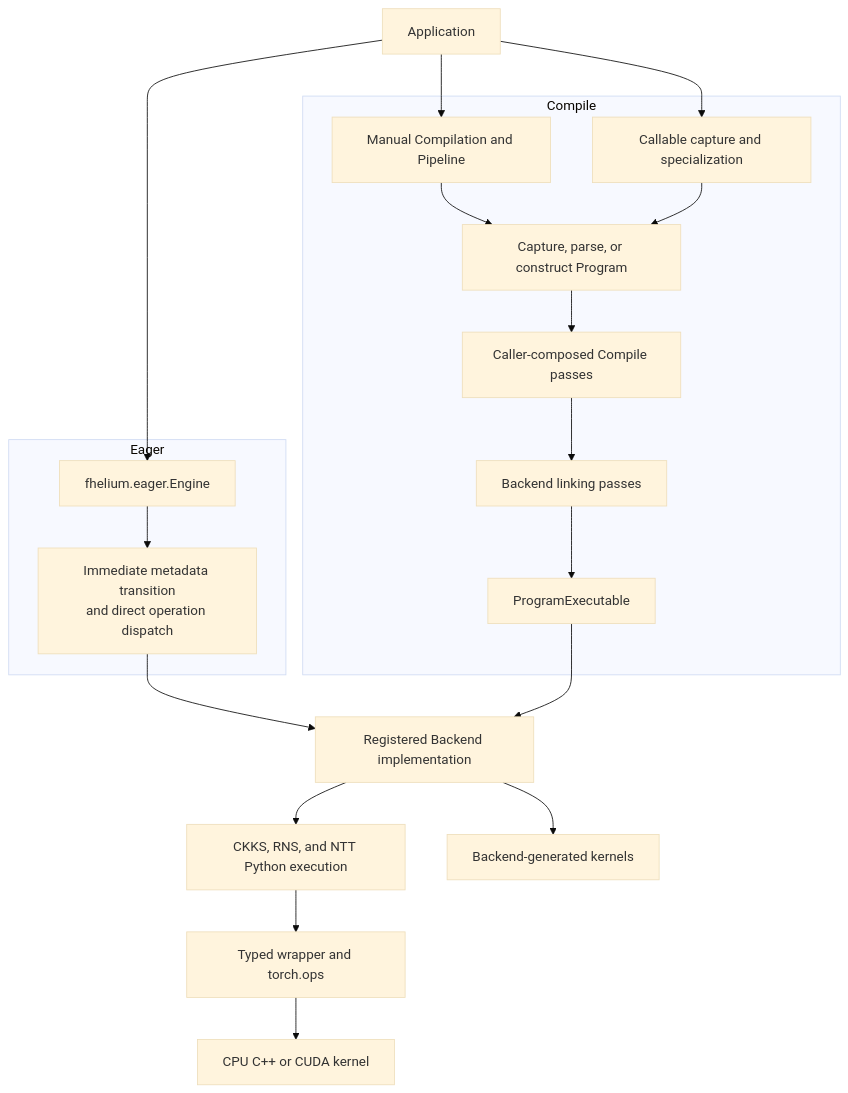
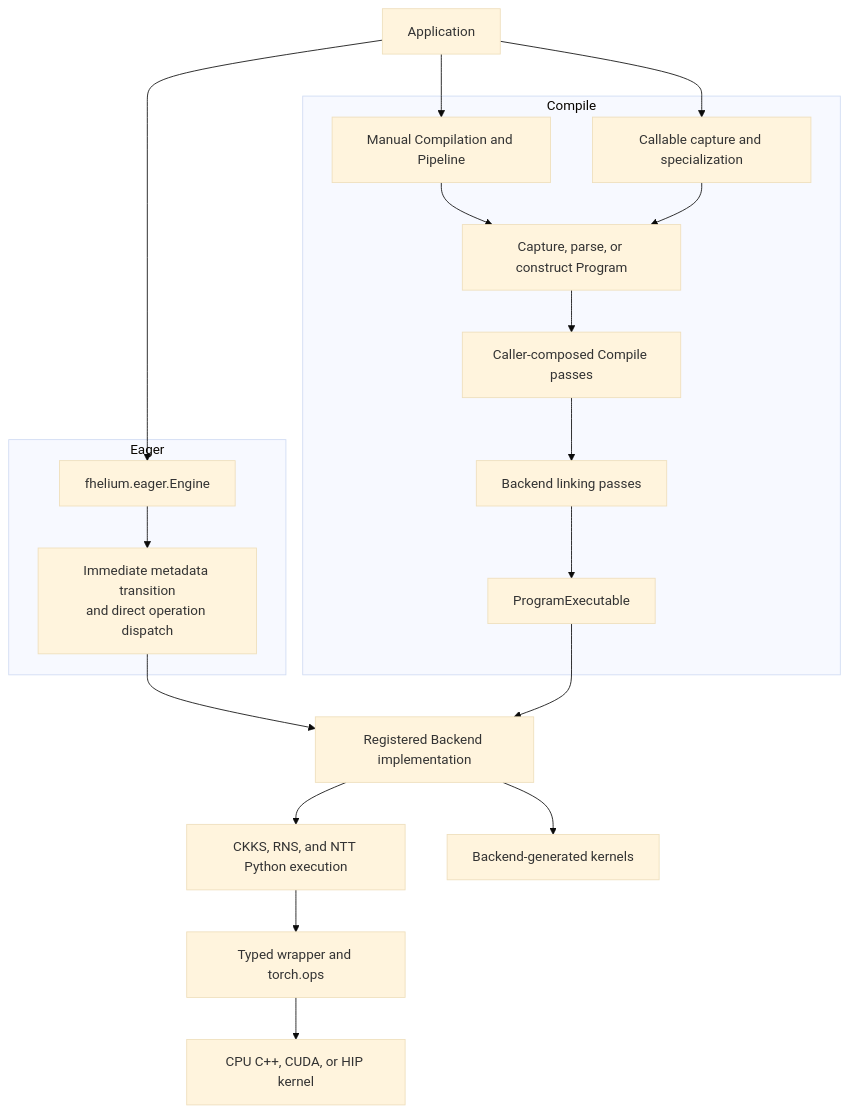
One commit to visualDust/fhelium changed the diagram in docs/developer/source-tree.md. Above: the diagram before and after it, drawn with Mermaid (base theme). The commit also changed other lines of this file and 393 other files, not shown here.

````diff
--- a/docs/developer/source-tree.md
+++ b/docs/developer/source-tree.md
@@ -50,35 +50,35 @@
 ```mermaid
 graph TB
     APP[Application]
 
     subgraph Eager
         ENG[fhelium.eager.Engine]
         ECALL[Immediate metadata transition<br/>and direct operation dispatch]
         ENG --> ECALL
     end
 
     subgraph Compile
         MANUAL[Manual Compilation and Pipeline]
         CALLABLE[Callable capture and specialization]
         CAP[Capture, parse, or construct Program]
         MANUAL --> CAP
         CALLABLE --> CAP
         PASS[Caller-composed Compile passes]
         LINK[Backend linking passes]
         EXE[ProgramExecutable]
         CAP --> PASS --> LINK --> EXE
     end
 
     IMPL[Registered Backend implementation]
     PY[CKKS, RNS, and NTT Python execution]
     NATIVE[Typed wrapper and torch.ops]
-    DEVICE[CPU C++ or CUDA kernel]
+    DEVICE[CPU C++, CUDA, or HIP kernel]
 
     APP --> ENG
     APP --> MANUAL
     APP --> CALLABLE
     ECALL --> IMPL
     EXE --> IMPL
     IMPL --> PY --> NATIVE --> DEVICE
     IMPL --> GENERATED[Backend-generated kernels]
 ```
````
